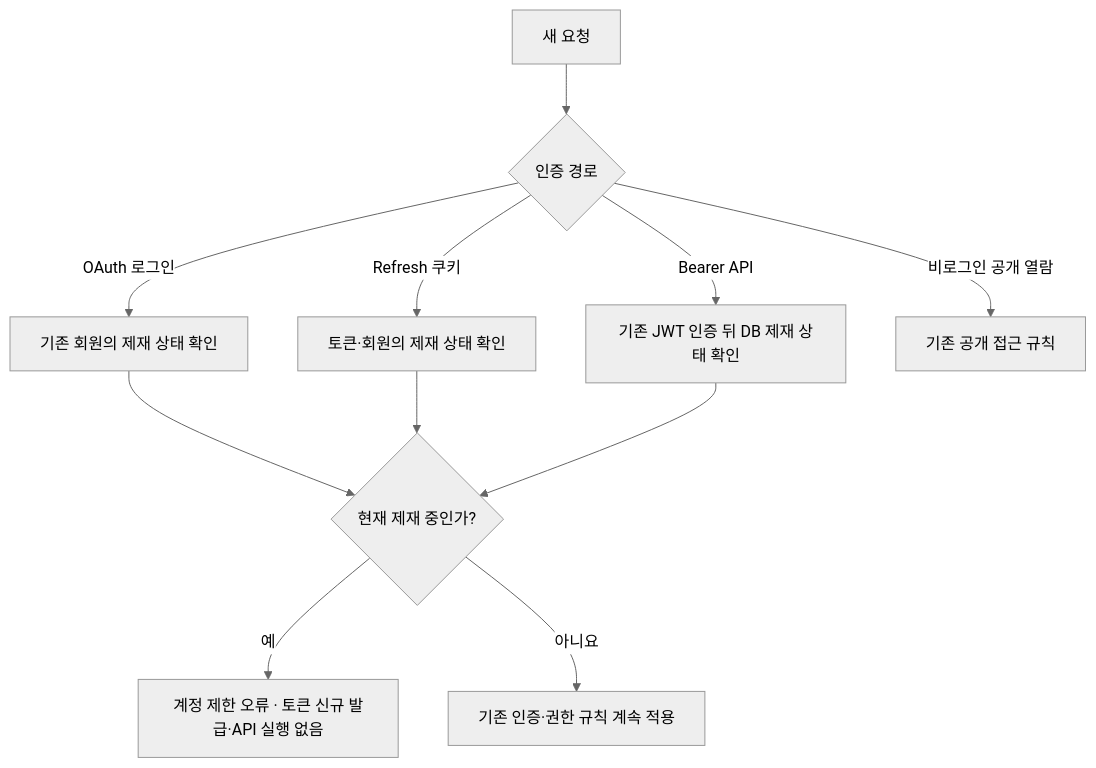
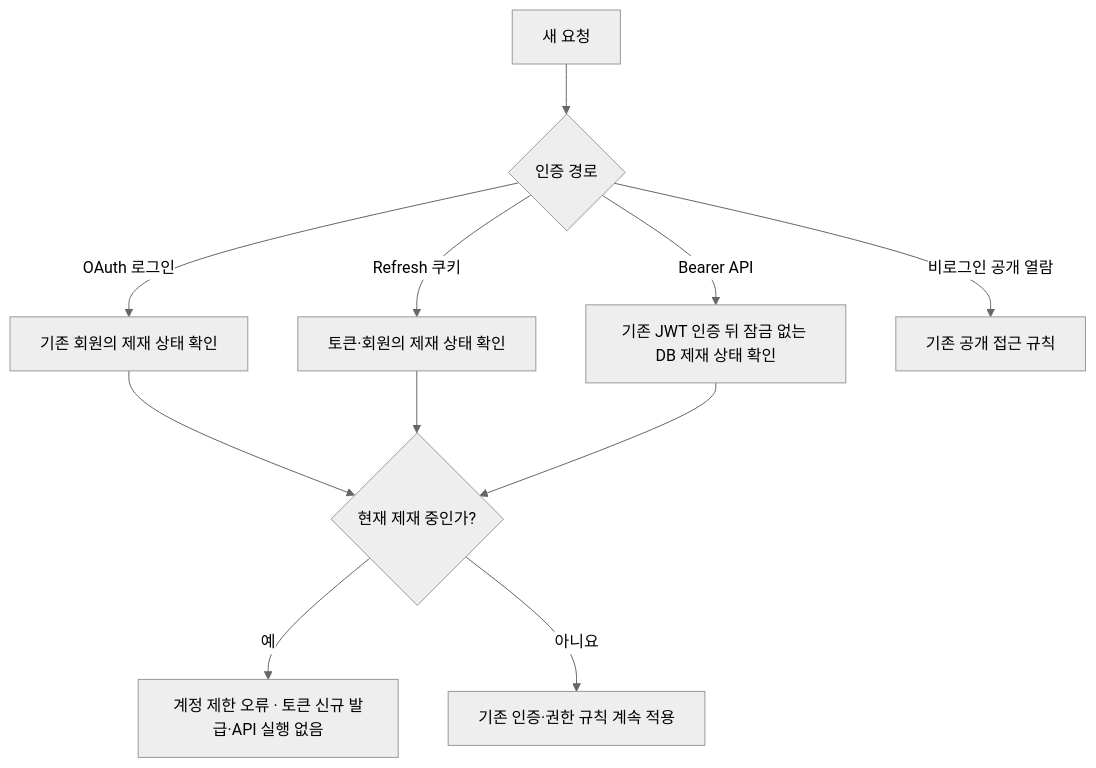
One commit to woowacourse-teams/2026-Harudle changed the fourth of 5 diagrams in backend/docs/admin-moderation-scenarios.md. Above: the diagram before and after it, drawn with Mermaid (neutral theme). The commit also changed other lines of this file and 8 other files, not shown here.

````diff
--- a/backend/docs/admin-moderation-scenarios.md
+++ b/backend/docs/admin-moderation-scenarios.md
@@ -61,13 +61,13 @@
 ```mermaid
 flowchart TD
     REQUEST["새 요청"] --> TYPE{"인증 경로"}
     TYPE -->|OAuth 로그인| OAUTH["기존 회원의 제재 상태 확인"]
     TYPE -->|Refresh 쿠키| REFRESH["토큰·회원의 제재 상태 확인"]
-    TYPE -->|Bearer API| JWT["기존 JWT 인증 뒤 DB 제재 상태 확인"]
+    TYPE -->|Bearer API| JWT["기존 JWT 인증 뒤 잠금 없는 DB 제재 상태 확인"]
     TYPE -->|비로그인 공개 열람| PUBLIC["기존 공개 접근 규칙"]
     OAUTH --> BLOCK{"현재 제재 중인가?"}
     REFRESH --> BLOCK
     JWT --> BLOCK
     BLOCK -->|예| DENY["계정 제한 오류 · 토큰 신규 발급·API 실행 없음"]
     BLOCK -->|아니요| ALLOW["기존 인증·권한 규칙 계속 적용"]
 ```
````
